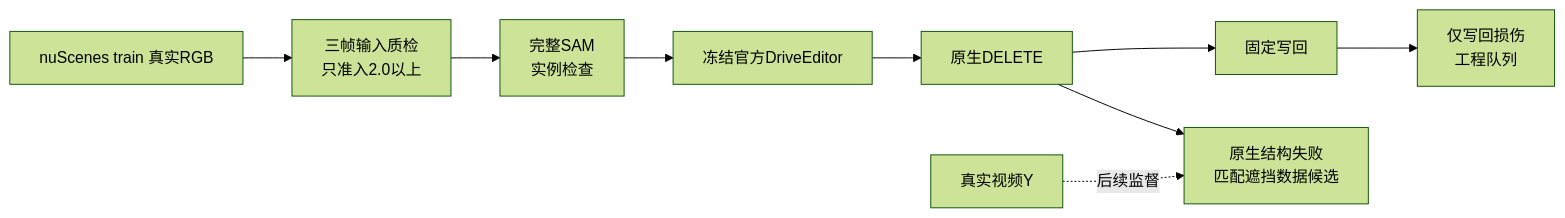
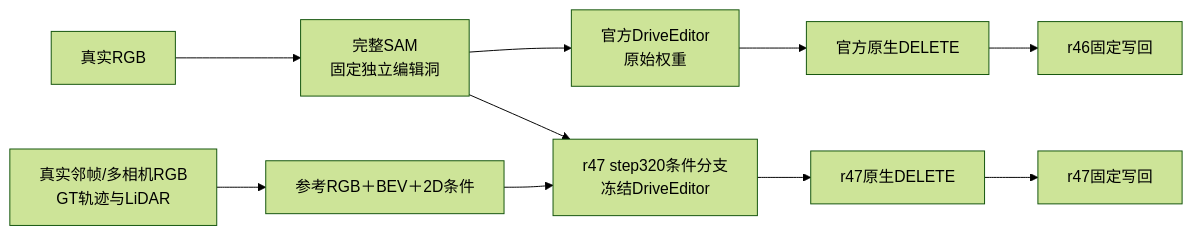
One commit to yunlongdeng123/Motion-Proj changed the diagram in docs/v77/REAL_DELETE_NATIVE_R51.md. Above: the diagram before and after it, drawn with Mermaid (forest theme). The commit also changed other lines of this file and 15 other files, not shown here.

````diff
--- a/docs/v77/REAL_DELETE_NATIVE_R51.md
+++ b/docs/v77/REAL_DELETE_NATIVE_R51.md
@@ -5,15 +5,12 @@
 ```mermaid
 flowchart LR
- X[nuScenes train 真实RGB] --> Q[三帧输入质检
-只准入2.0以上]
- Q --> M[完整SAM
-实例检查]
- M --> D[冻结官方DriveEditor]
- D --> N[原生DELETE]
- N --> W[固定写回]
- N --> F[原生结构失败
-匹配遮挡数据候选]
- W --> P[仅写回损伤
-工程队列]
- Y[真实视频Y] -. 后续监督 .-> F
+ X[真实RGB] --> M[完整SAM<br/>固定独立编辑洞]
+ M --> D[官方DriveEditor<br/>原始权重]
+ D --> N[官方原生DELETE]
+ N --> W[r46固定写回]
+ P[真实邻帧/多相机RGB<br/>GT轨迹与LiDAR] --> C[参考RGB＋BEV＋2D条件]
+ C --> A[r47 step320条件分支<br/>冻结DriveEditor]
+ M --> A
+ A --> RN[r47原生DELETE]
+ RN --> RW[r47固定写回]
 ```
````
